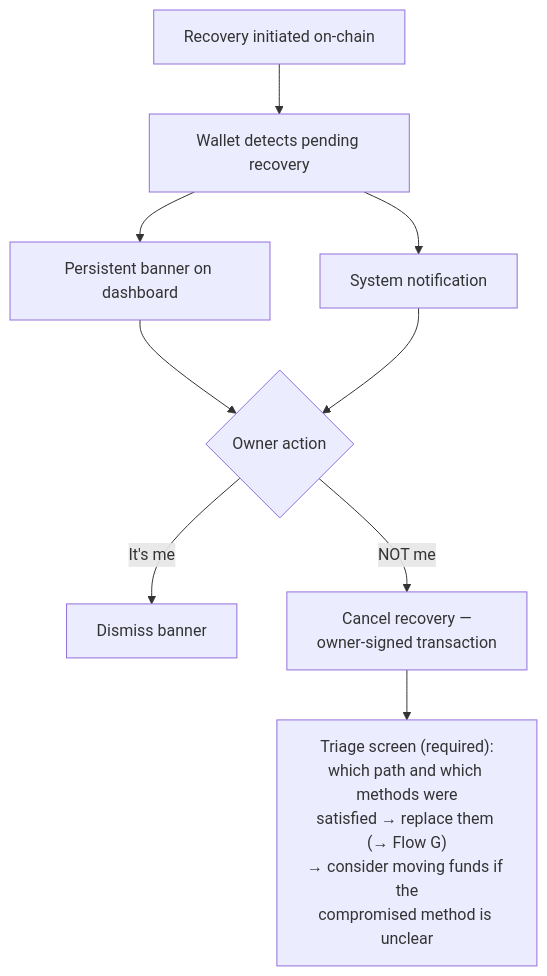
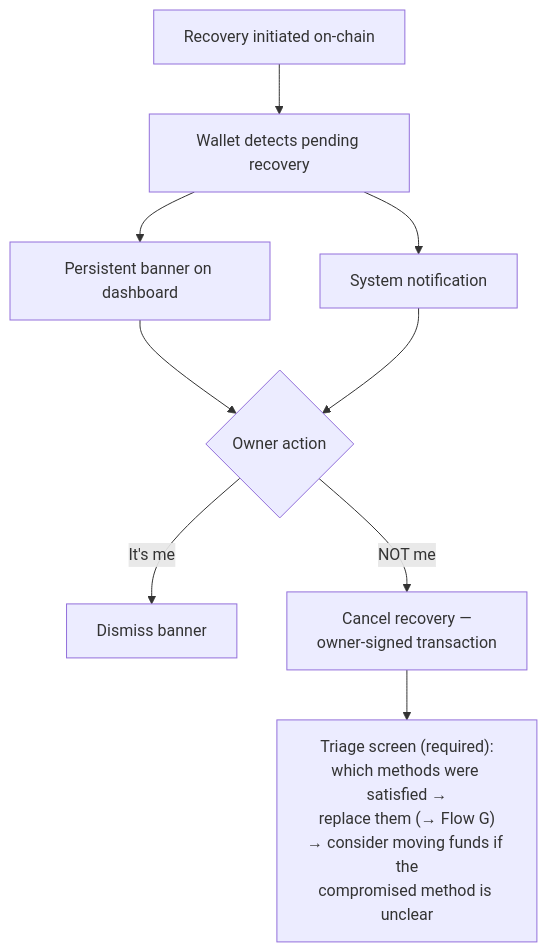
The tenth of 14 diagrams in social-recovery-ux-flows.md (FiboAtWonder/kohaku-extension), drawn with Mermaid before and after one commit. The commit also changed other lines of this file and 1 other file, not shown here.

Commit message:
docs: single-path model — decisions 73-78 (one recovery path, 24h floor, zk-email receive+upload, 4337 focus)

````diff
--- a/social-recovery-ux-flows.md
+++ b/social-recovery-ux-flows.md
@@ -394,13 +398,13 @@
 ```mermaid
 flowchart TD
     A[Recovery initiated on-chain] --> B[Wallet detects pending recovery]
     B --> C[Persistent banner on dashboard]
     B --> D[System notification]
     C --> E{"Owner action"}
     D --> E
     E -->|It's me| F[Dismiss banner]
     E -->|NOT me| G["Cancel recovery —<br/>owner-signed transaction"]
-    G --> T["Triage screen (required):<br/>which path and which methods were<br/>satisfied → replace them (→ Flow G)<br/>→ consider moving funds if the<br/>compromised method is unclear"]
+    G --> T["Triage screen (required):<br/>which methods were satisfied →<br/>replace them (→ Flow G)<br/>→ consider moving funds if the<br/>compromised method is unclear"]
 
-    click T href "#flow-g--recovery-paths--method-management"
+    click T href "#flow-g--recovery-path--method-management"
 ```
````
